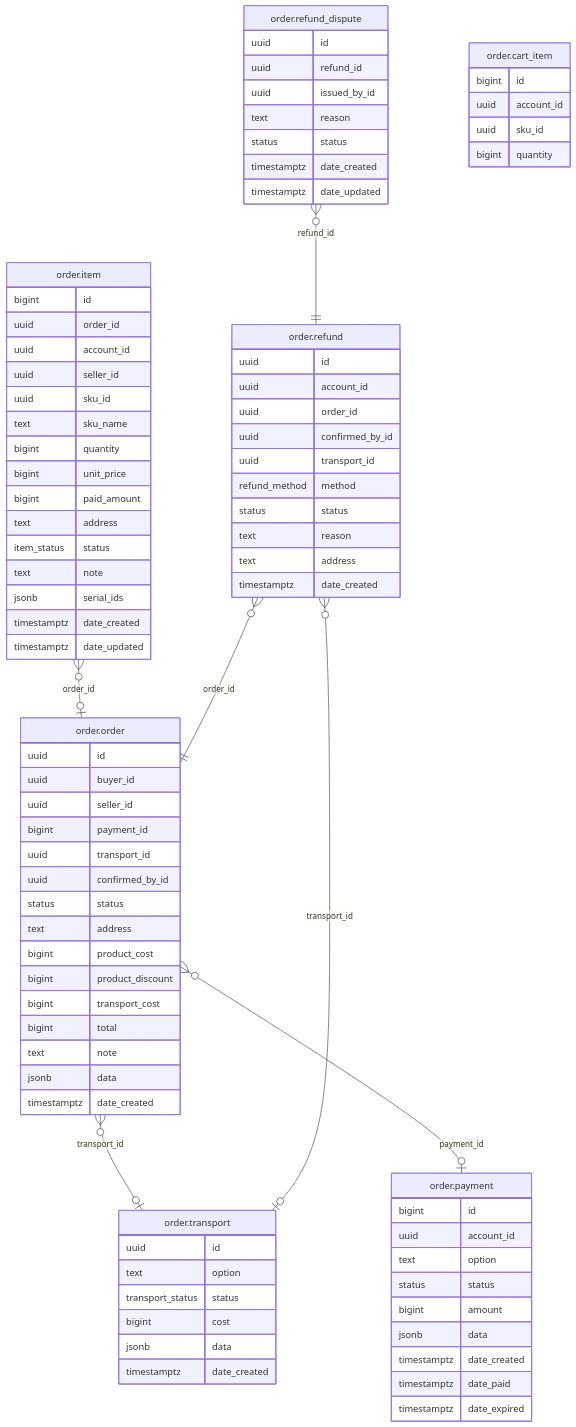
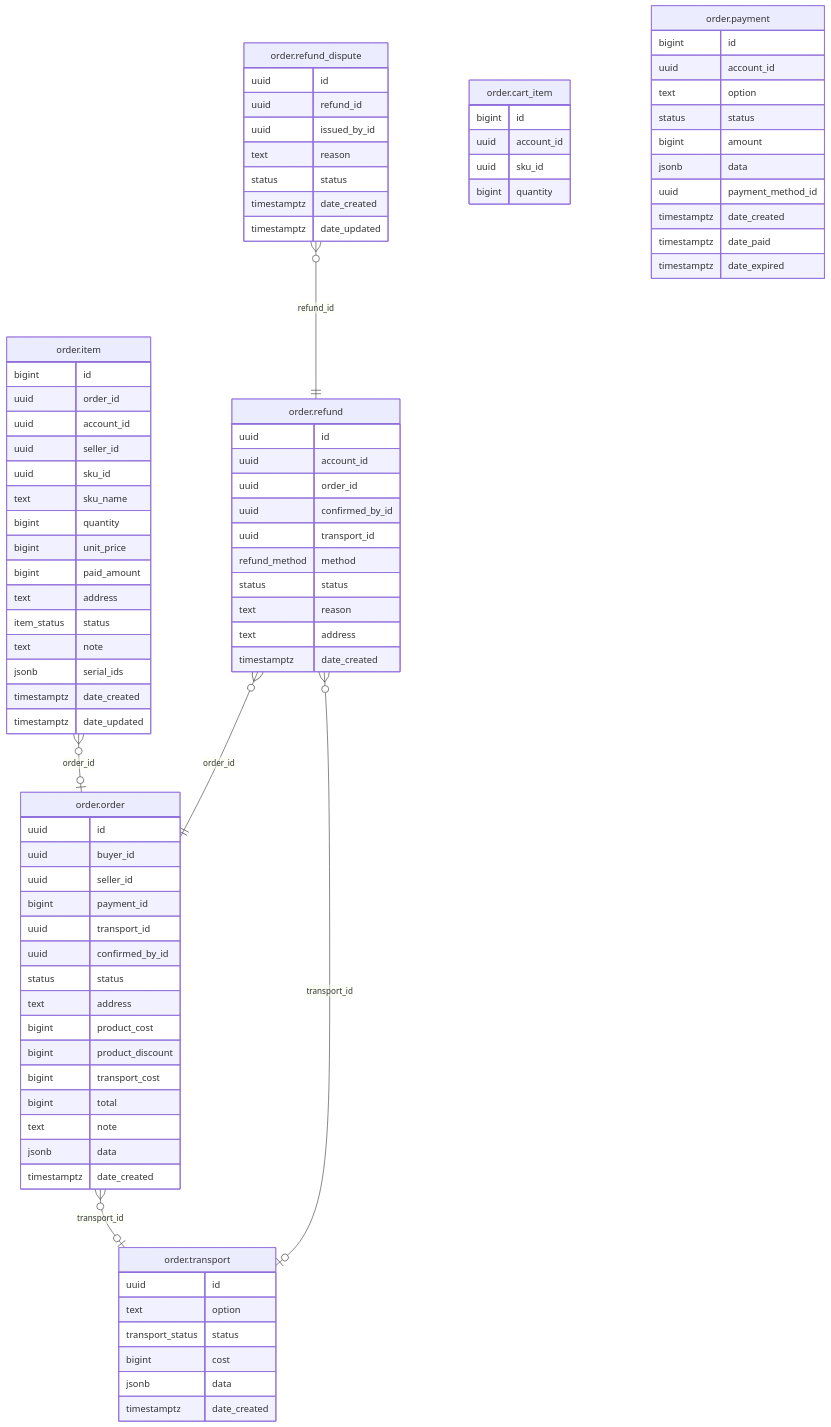
One commit to shopnexus/shopnexus-server changed the diagram in internal/module/order/README.md. Above: the diagram before and after it, drawn with Mermaid. The commit also changed 18 other files, not shown here.

````diff
--- a/internal/module/order/README.md
+++ b/internal/module/order/README.md
@@ -10,6 +10,5 @@
 ```mermaid
 erDiagram
-"order.order" }o--|o "order.payment" : "payment_id"
 "order.order" }o--|o "order.transport" : "transport_id"
 "order.item" }o--|o "order.order" : "order_id"
 "order.refund" }o--|o "order.transport" : "transport_id"
@@ -63,6 +62,7 @@
   status status
   bigint amount
   jsonb data
+  uuid payment_method_id
   timestamptz date_created
   timestamptz date_paid
   timestamptz date_expired
````
